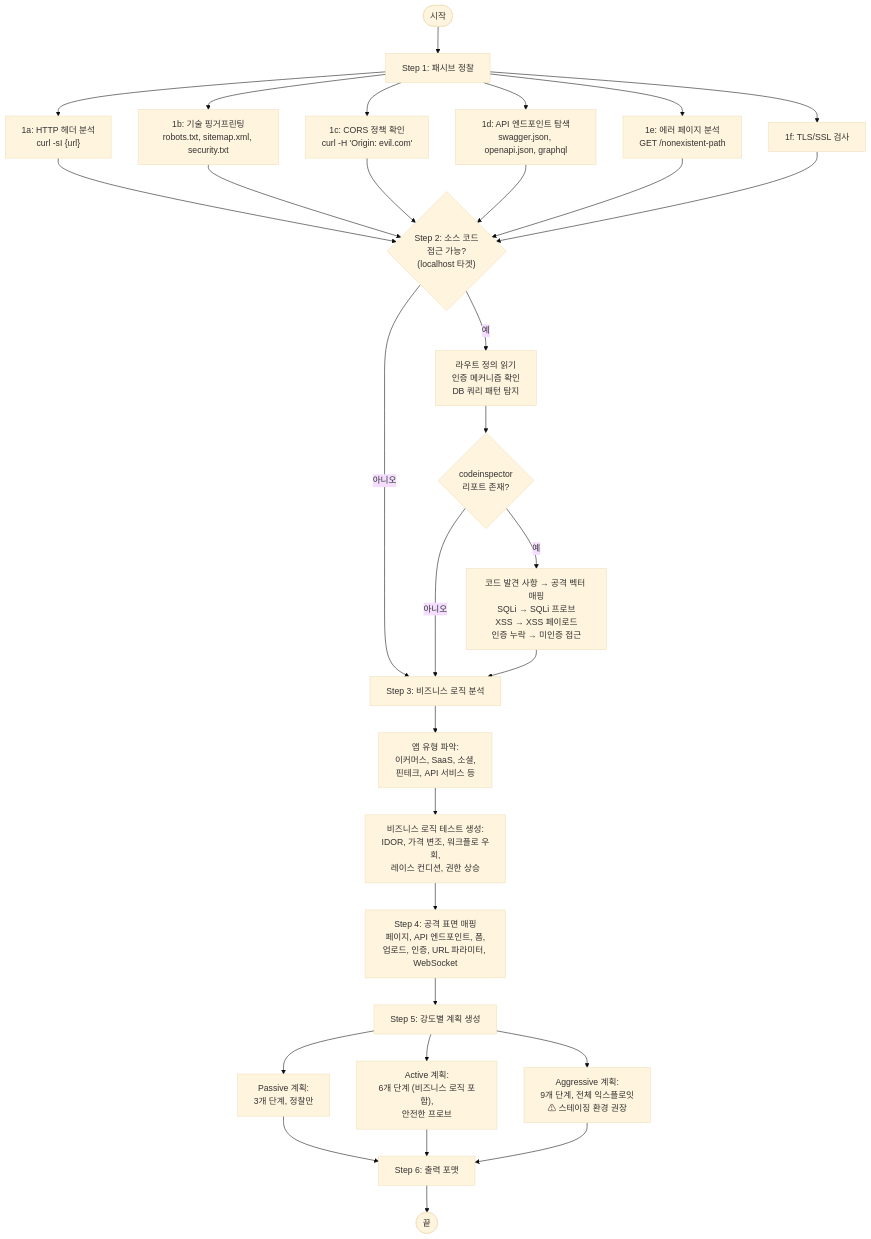
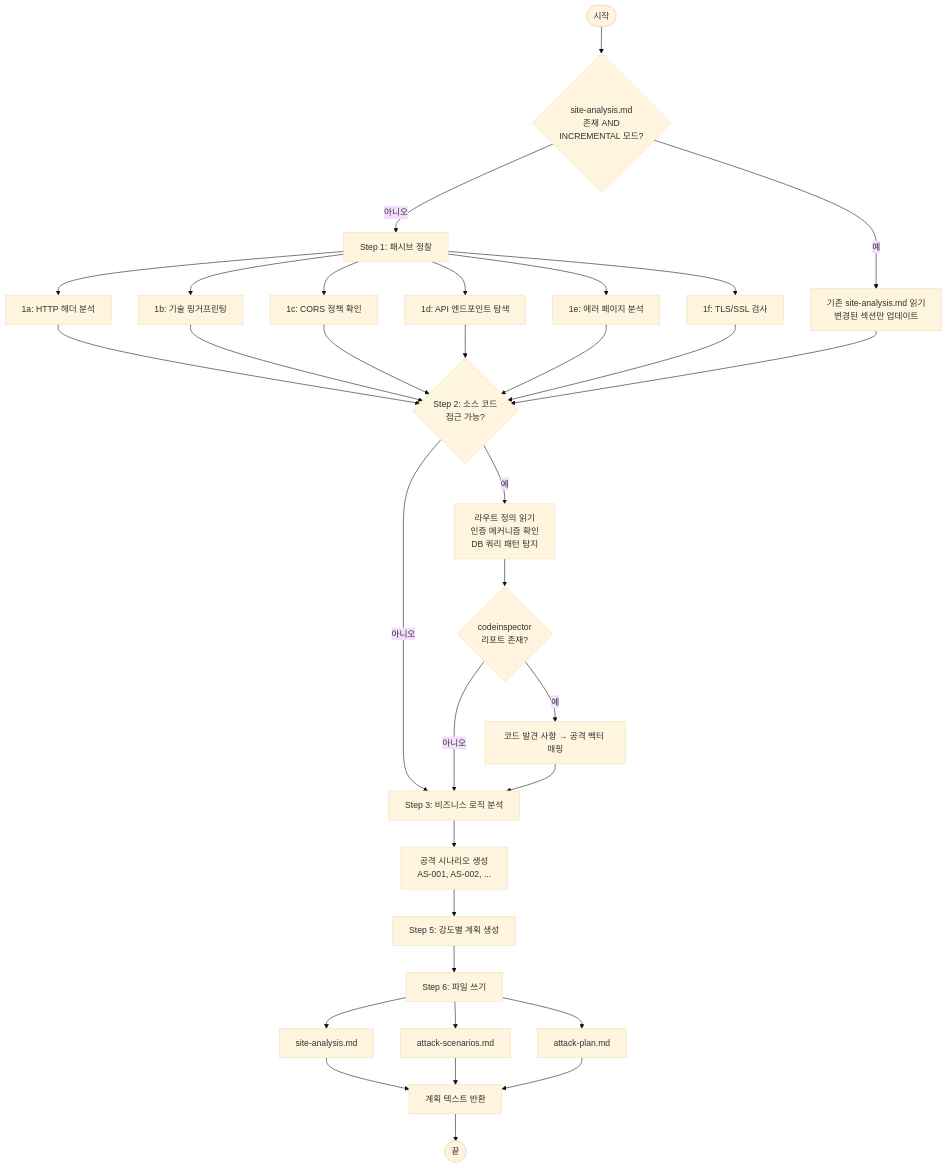
Before and after one commit to letsur-dev/vulcheck: the seventh of 10 diagrams in design/hacksimulator.md, drawn with Mermaid (base theme). The commit also changed other lines of this file and 4 other files, not shown here.

````diff
--- a/design/hacksimulator.md
+++ b/design/hacksimulator.md
@@ -211,42 +329,44 @@
 ```mermaid
 flowchart TD
-    Start([시작]) --> Recon["Step 1: 패시브 정찰"]
+    Start([시작]) --> CheckReuse{"site-analysis.md<br>존재 AND<br>INCREMENTAL 모드?"}
 
-    Recon --> Headers["1a: HTTP 헤더 분석<br>curl -sI {url}"]
-    Recon --> Fingerprint["1b: 기술 핑거프린팅<br>robots.txt, sitemap.xml, security.txt"]
-    Recon --> CORS["1c: CORS 정책 확인<br>curl -H 'Origin: evil.com'"]
-    Recon --> API["1d: API 엔드포인트 탐색<br>swagger.json, openapi.json, graphql"]
-    Recon --> Errors["1e: 에러 페이지 분석<br>GET /nonexistent-path"]
+    CheckReuse -->|예| ReadExisting["기존 site-analysis.md 읽기<br>변경된 섹션만 업데이트"]
+    CheckReuse -->|아니오| Recon["Step 1: 패시브 정찰"]
+
+    Recon --> Headers["1a: HTTP 헤더 분석"]
+    Recon --> Fingerprint["1b: 기술 핑거프린팅"]
+    Recon --> CORS["1c: CORS 정책 확인"]
+    Recon --> API["1d: API 엔드포인트 탐색"]
+    Recon --> Errors["1e: 에러 페이지 분석"]
     Recon --> TLS["1f: TLS/SSL 검사"]
 
     Headers --> SourceRecon
     Fingerprint --> SourceRecon
     CORS --> SourceRecon
     API --> SourceRecon
     Errors --> SourceRecon
     TLS --> SourceRecon
+    ReadExisting --> SourceRecon
 
-    SourceRecon{"Step 2: 소스 코드<br>접근 가능?<br>(localhost 타겟)"}
+    SourceRecon{"Step 2: 소스 코드<br>접근 가능?"}
     SourceRecon -->|예| ReadRoutes["라우트 정의 읽기<br>인증 메커니즘 확인<br>DB 쿼리 패턴 탐지"]
     SourceRecon -->|아니오| BizLogic
 
     ReadRoutes --> CIReport{"codeinspector<br>리포트 존재?"}
-    CIReport -->|예| MapFindings["코드 발견 사항 → 공격 벡터 매핑<br>SQLi → SQLi 프로브<br>XSS → XSS 페이로드<br>인증 누락 → 미인증 접근"]
+    CIReport -->|예| MapFindings["코드 발견 사항 → 공격 벡터 매핑"]
     CIReport -->|아니오| BizLogic
+    MapFindings --> BizLogic
 
-    MapFindings --> BizLogic["Step 3: 비즈니스 로직 분석"]
-    BizLogic --> DetectType["앱 유형 파악:<br>이커머스, SaaS, 소셜,<br>핀테크, API 서비스 등"]
-    DetectType --> GenBizTests["비즈니스 로직 테스트 생성:<br>IDOR, 가격 변조, 워크플로 우회,<br>레이스 컨디션, 권한 상승"]
+    BizLogic["Step 3: 비즈니스 로직 분석"] --> GenScenarios["공격 시나리오 생성<br>AS-001, AS-002, ..."]
+    GenScenarios --> GenPlan["Step 5: 강도별 계획 생성"]
 
-    GenBizTests --> MapSurface["Step 4: 공격 표면 매핑<br>페이지, API 엔드포인트, 폼,<br>업로드, 인증, URL 파라미터, WebSocket"]
+    GenPlan --> WriteFiles["Step 6: 파일 쓰기"]
+    WriteFiles --> WriteSA["site-analysis.md"]
+    WriteFiles --> WriteAS["attack-scenarios.md"]
+    WriteFiles --> WriteAP["attack-plan.md"]
 
-    MapSurface --> GenPlan["Step 5: 강도별 계획 생성"]
-    GenPlan --> Passive["Passive 계획:<br>3개 단계, 정찰만"]
-    GenPlan --> Active["Active 계획:<br>6개 단계 (비즈니스 로직 포함),<br>안전한 프로브"]
-    GenPlan --> Aggressive["Aggressive 계획:<br>9개 단계, 전체 익스플로잇<br>⚠ 스테이징 환경 권장"]
-
-    Passive --> Output["Step 6: 출력 포맷"]
-    Active --> Output
-    Aggressive --> Output
-    Output --> End([끝])
+    WriteSA --> Return["계획 텍스트 반환"]
+    WriteAS --> Return
+    WriteAP --> Return
+    Return --> End([끝])
 ```
````
